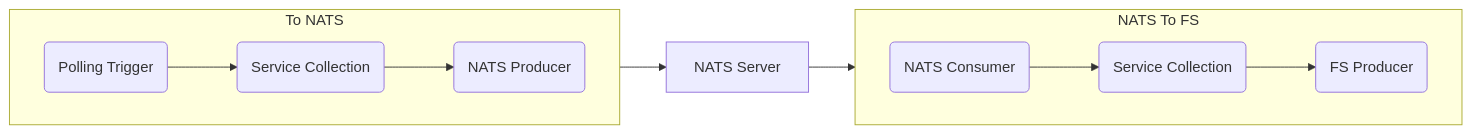
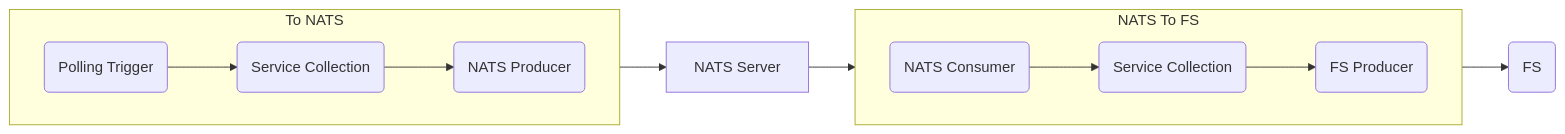
Before and after one commit to interlok-testing/testing_nats: the diagram in README.md, drawn with Mermaid.

Commit message:
Update diagram

````diff
--- a/README.md
+++ b/README.md
@@ -16,15 +16,16 @@
 ```mermaid
 graph LR
   subgraph To NATS
     direction LR
     PT(Polling Trigger) --> SC1(Service Collection)
     SC1 --> NP(NATS Producer)
   end
   NP --> NS[NATS Server]
   NS --> NC("NATS Consumer")
   subgraph NATS To FS
     direction LR
     NC --> SC2(Service Collection)
     SC2 --> FP(FS Producer)
   end
+  FP --> FS(FS)
 ```
````
